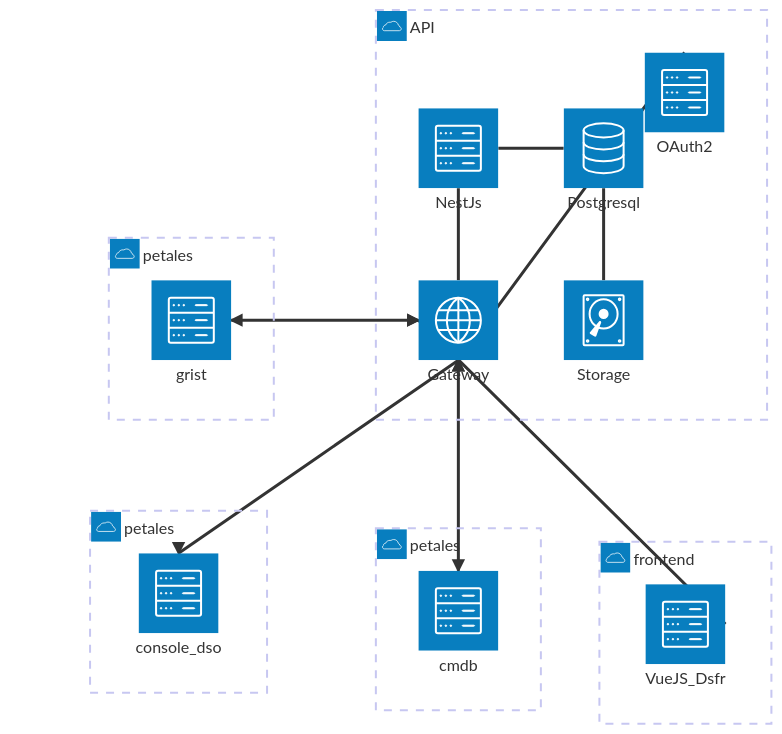
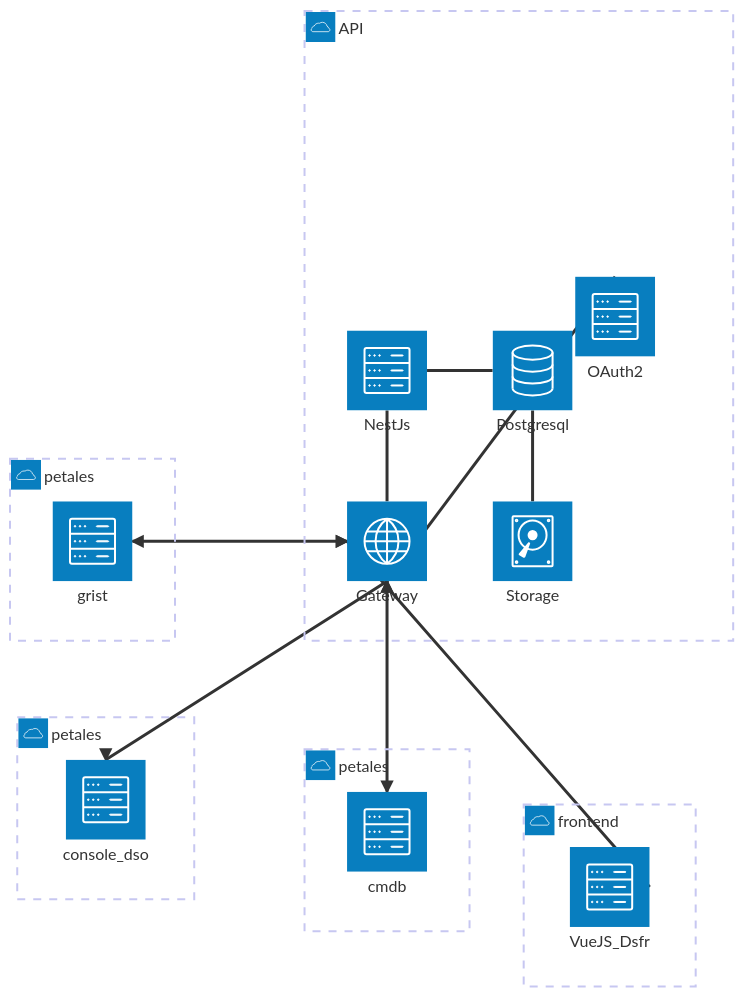
The diagram in slides.md (dnum-mi/referentiel-applications-slides), drawn with Mermaid before and after one commit. The commit also changed other lines of this file, not shown here.

````diff
--- a/slides.md
+++ b/slides.md
@@ -251,55 +266,55 @@
 ```mermaid
 %%{
   init: {
     'theme': 'default',
     'themeVariables': {
       'primaryColor': '#BB2528',
       'primaryTextColor': '#fff',
       'primaryBorderColor': '#7C0000',
       'lineColor': '#F8B229',
       'secondaryColor': '#006100',
       'tertiaryColor': '#fff',
       'fontSize': 14px
     }
   }
 }%%
 architecture-beta
 
     group api(cloud)[API]
 
     service gateway(internet)[Gateway] in api
     service db(database)[Postgresql] in api
     service disk1(disk)[Storage] in api
     service backend(server)[NestJs] in api
     service authent(server)[OAuth2] in api
-    junction junctionCenter
-    junction junctionRight
+    junction junctionCenter in api
+    junction junctionRight in api
     
     gateway:B -- T:authent
     gateway:T -- B:backend
     db:L -- R:backend
     disk1:T -- B:db
 
     group frontend(cloud)[frontend]
 
      service front(server)[VueJS_Dsfr] in frontend 
      front:R --> L:gateway
 
     group tableur(cloud)[petales]
 
      service grist(server)[grist] in tableur 
      grist:R <--> L:gateway
 
     group consoledso(cloud)[petales]
 
      service console(server)[console_dso] in consoledso 
      console:T <--> B:gateway
 
     group cmdb_cloud(cloud)[petales]
 
       service cmdb(server)[cmdb] in cmdb_cloud
 
       cmdb:T <--> B:gateway
 
 
 ```
````
